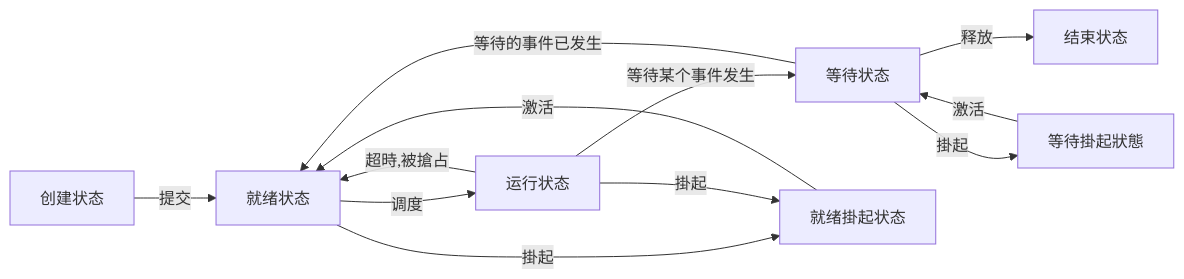
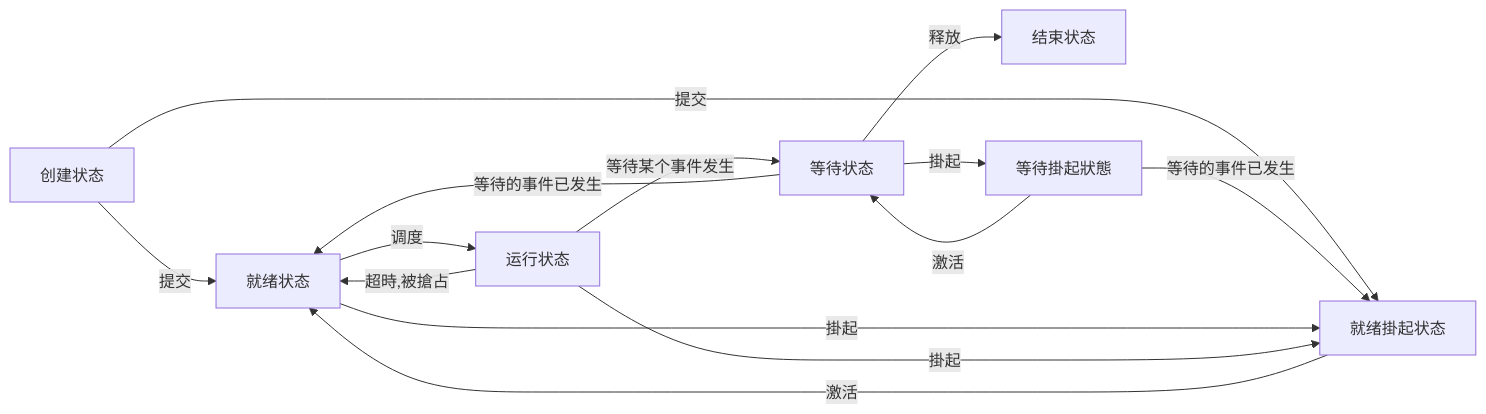
One commit to chchoiw/chchoiw.github.io changed the fourth of 10 diagrams in _posts/2021-08-04-operating_system.md. Above: the diagram before and after it, drawn with Mermaid.

````diff
--- a/_posts/2021-08-04-operating_system.md
+++ b/_posts/2021-08-04-operating_system.md
@@ -442,22 +442,25 @@
 ```mermaid
 graph LR
 id1[创建状态]
 id2[就绪状态]
 id3[运行状态]
 id4[等待状态]
 id5[结束状态]
 id6[就绪掛起状态]
 id7[等待掛起狀態]
 
 id1--提交-->id2
+id1--提交-->id6
 id2--调度-->id3
 id3--超時,被搶占-->id2
 id3--等待某个事件发生-->id4
 id4--等待的事件已发生-->id2
+id7--等待的事件已发生-->id6
+
 id4--释放-->id5
 id4--掛起-->id7
 id7--激活-->id4
 id2--掛起-->id6
 id6--激活-->id2
 id3--掛起-->id6
 ```
````
